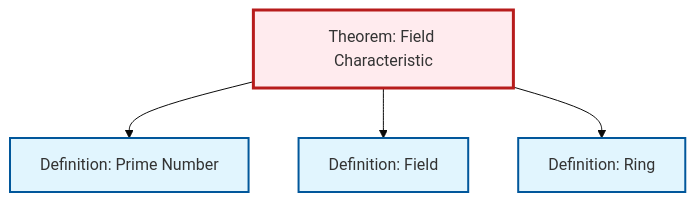
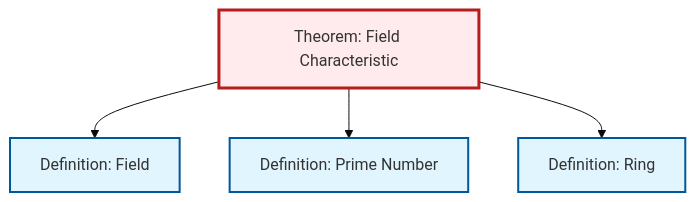
One commit to RK0429/ModernMath changed the diagram in content/ja/algebra/thm-field-characteristic.qmd. Above: the diagram before and after it, drawn with Mermaid (base theme). The commit also changed other lines of this file and 491 other files, not shown here.

````diff
--- a/content/ja/algebra/thm-field-characteristic.qmd
+++ b/content/ja/algebra/thm-field-characteristic.qmd
@@ -54,20 +54,20 @@
 ```{mermaid}
 %%| fig-cap: "Local dependency graph"
 graph TD
     classDef definition fill:#e1f5fe,stroke:#01579b,stroke-width:2px
     classDef theorem fill:#f3e5f5,stroke:#4a148c,stroke-width:2px
     classDef axiom fill:#fff3e0,stroke:#e65100,stroke-width:2px
     classDef example fill:#e8f5e9,stroke:#1b5e20,stroke-width:2px
     classDef current fill:#ffebee,stroke:#b71c1c,stroke-width:3px
     thm-field-characteristic["Theorem: Field Characteristic"]:::theorem
+    def-field["Definition: Field"]:::definition
     def-ring["Definition: Ring"]:::definition
     def-prime["Definition: Prime Number"]:::definition
-    def-field["Definition: Field"]:::definition
+    thm-field-characteristic --> def-field
     thm-field-characteristic --> def-prime
-    thm-field-characteristic --> def-field
     thm-field-characteristic --> def-ring
     class thm-field-characteristic current
+    click def-field "def-field.html" "Definition: Fieldへ"
     click def-ring "def-ring.html" "Definition: Ringへ"
     click def-prime "def-prime.html" "Definition: Prime Numberへ"
-    click def-field "def-field.html" "Definition: Fieldへ"
 ```
````
